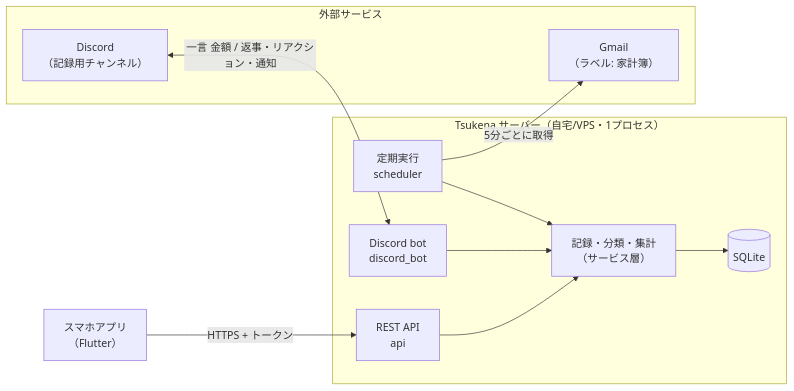
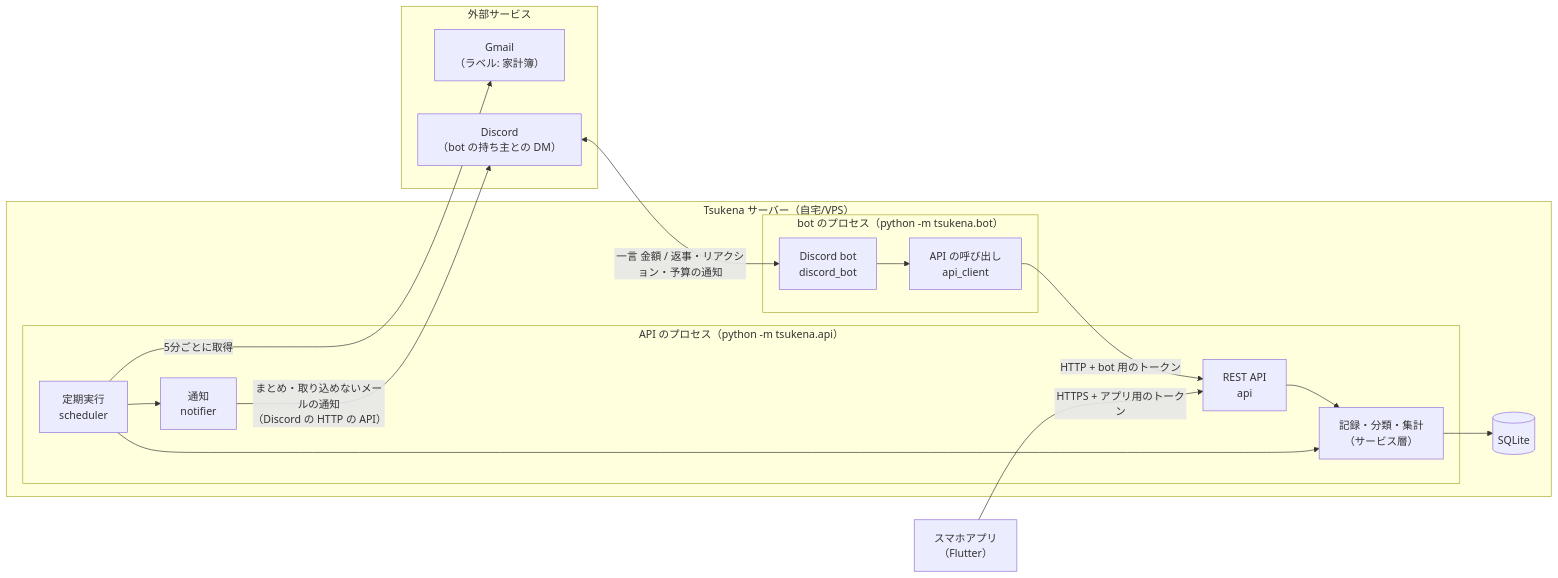
The first of 4 diagrams in docs/design.md (Yokochi513/Tsukena), drawn with Mermaid before and after one commit. The commit also changed other lines of this file and 8 other files, not shown here.

First line of the commit message:
Discord bot の設計書と ADR-0006〜0008 を追加

````diff
--- a/docs/design.md
+++ b/docs/design.md
@@ -29,25 +31,34 @@
 ```mermaid
 flowchart LR
     subgraph EXT["外部サービス"]
         GM["Gmail<br/>（ラベル: 家計簿）"]
-        DC["Discord<br/>（記録用チャンネル）"]
+        DC["Discord<br/>（bot の持ち主との DM）"]
     end
 
-    subgraph SV["Tsukena サーバー（自宅/VPS・1プロセス）"]
-        SCH["定期実行<br/>scheduler"]
-        BOT["Discord bot<br/>discord_bot"]
-        API["REST API<br/>api"]
-        SVC["記録・分類・集計<br/>（サービス層）"]
+    subgraph SV["Tsukena サーバー（自宅/VPS）"]
+        subgraph PB["bot のプロセス（python -m tsukena.bot）"]
+            BOT["Discord bot<br/>discord_bot"]
+            APIC["API の呼び出し<br/>api_client"]
+        end
+        subgraph PA["API のプロセス（python -m tsukena.api）"]
+            API["REST API<br/>api"]
+            SCH["定期実行<br/>scheduler"]
+            SVC["記録・分類・集計<br/>（サービス層）"]
+            NTF["通知<br/>notifier"]
+        end
         DB[("SQLite")]
     end
 
     APP["スマホアプリ<br/>（Flutter）"]
 
     SCH -->|"5分ごとに取得"| GM
-    DC <-->|"一言 金額 / 返事・リアクション・通知"| BOT
-    APP -->|"HTTPS + トークン"| API
+    DC <-->|"一言 金額 / 返事・リアクション・予算の通知"| BOT
+    BOT --> APIC
+    APIC -->|"HTTP + bot 用のトークン"| API
+    APP -->|"HTTPS + アプリ用のトークン"| API
+    API --> SVC
     SCH --> SVC
-    BOT --> SVC
-    API --> SVC
+    SCH --> NTF
+    NTF -->|"まとめ・取り込めないメールの通知<br/>（Discord の HTTP の API）"| DC
     SVC --> DB
 ```
````
